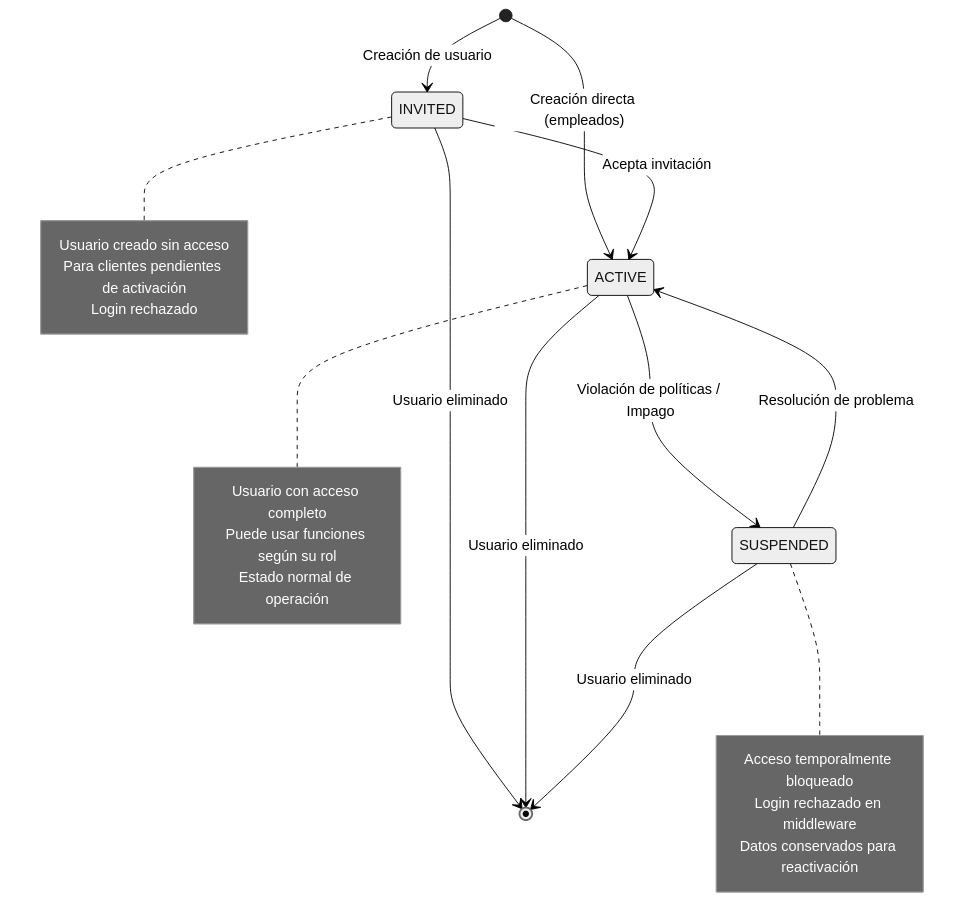
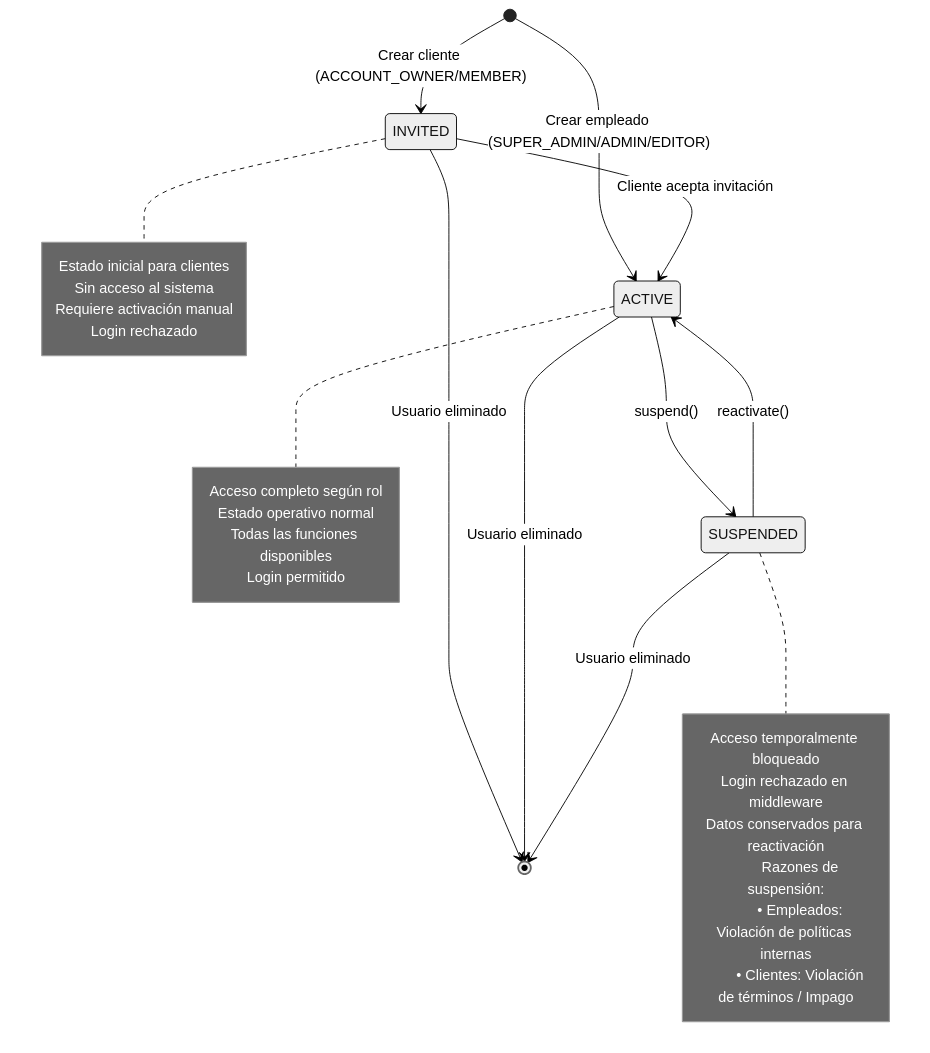
One commit to uancamilo/asistentelegal changed the second of 4 diagrams in README.md. Above: the diagram before and after it, drawn with Mermaid (neutral theme). The commit also changed other lines of this file, not shown here.

````diff
--- a/README.md
+++ b/README.md
@@ -213,32 +215,38 @@
 ```mermaid
 stateDiagram-v2
-    [*] --> INVITED : Creación de usuario
-    [*] --> ACTIVE : Creación directa (empleados)
+    [*] --> INVITED : Crear cliente (ACCOUNT_OWNER/MEMBER)
+    [*] --> ACTIVE : Crear empleado (SUPER_ADMIN/ADMIN/EDITOR)
 
-    INVITED --> ACTIVE : Acepta invitación
+    INVITED --> ACTIVE : Cliente acepta invitación
     INVITED --> [*] : Usuario eliminado
 
-    ACTIVE --> SUSPENDED : Violación de políticas / Impago
+    ACTIVE --> SUSPENDED : suspend()
     ACTIVE --> [*] : Usuario eliminado
 
-    SUSPENDED --> ACTIVE : Resolución de problema
+    SUSPENDED --> ACTIVE : reactivate()
     SUSPENDED --> [*] : Usuario eliminado
 
     note right of INVITED
-        Usuario creado sin acceso
-        Para clientes pendientes de activación
+        Estado inicial para clientes
+        Sin acceso al sistema
+        Requiere activación manual
         Login rechazado
     end note
 
     note right of ACTIVE
-        Usuario con acceso completo
-        Puede usar funciones según su rol
-        Estado normal de operación
+        Acceso completo según rol
+        Estado operativo normal
+        Todas las funciones disponibles
+        Login permitido
     end note
 
     note right of SUSPENDED
         Acceso temporalmente bloqueado
         Login rechazado en middleware
         Datos conservados para reactivación
+
+        Razones de suspensión:
+        • Empleados: Violación de políticas internas
+        • Clientes: Violación de términos / Impago
     end note
 ```
````
